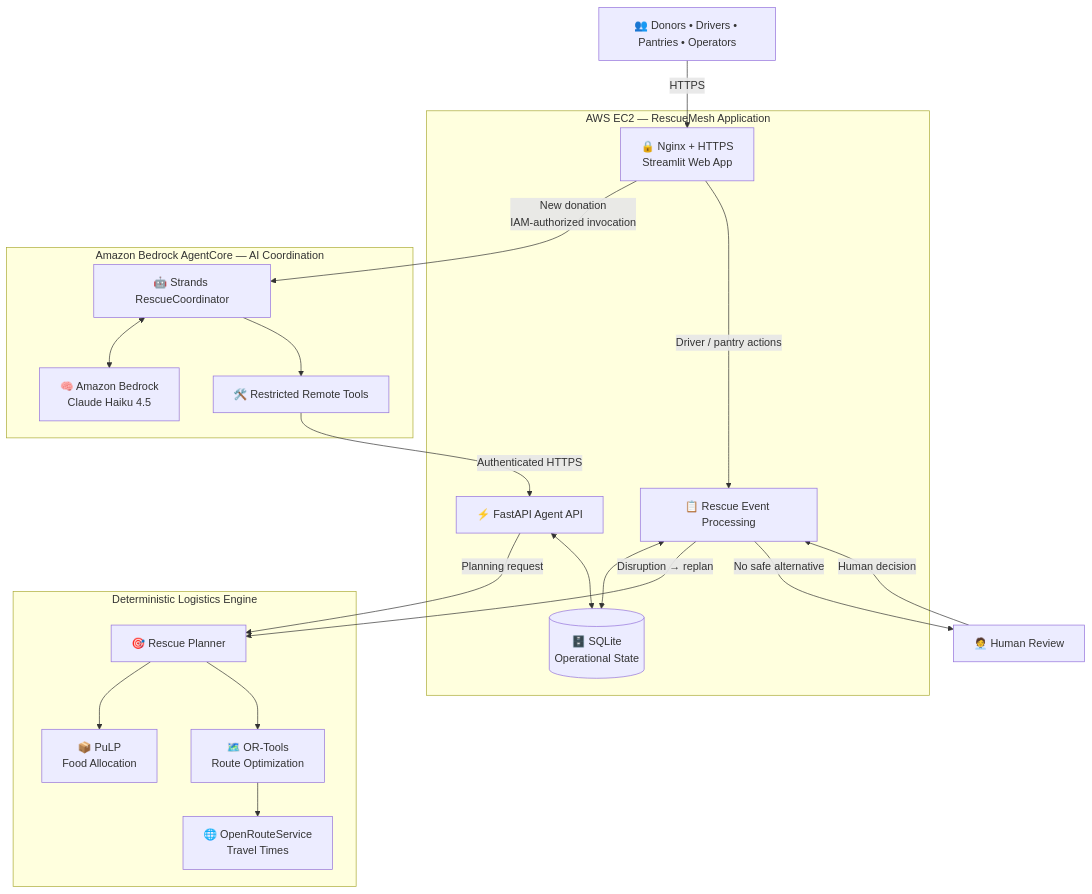
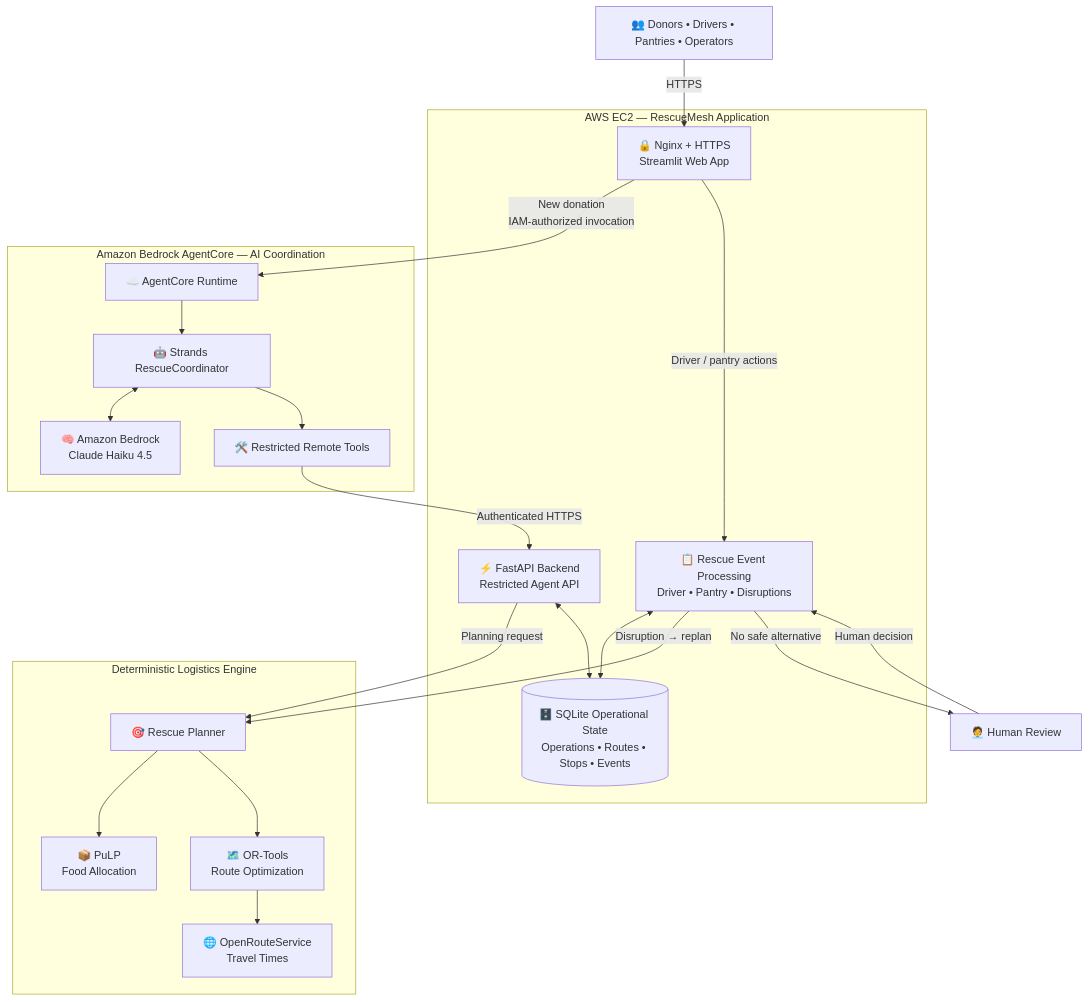
Before and after one commit to maithili74/rescuemesh: the diagram in README.md, drawn with Mermaid. The commit also changed other lines of this file, not shown here.

````diff
--- a/README.md
+++ b/README.md
@@ -187,51 +187,54 @@
 ```mermaid
 flowchart TB
 
     USERS["👥 Donors • Drivers • Pantries • Operators"]
 
     subgraph APP["AWS EC2 — RescueMesh Application"]
         WEB["🔒 Nginx + HTTPS<br/>Streamlit Web App"]
-        EVENTS["📋 Rescue Event Processing"]
-        API["⚡ FastAPI Agent API"]
-        STATE[("🗄️ SQLite<br/>Operational State")]
+        API["⚡ FastAPI Backend<br/>Restricted Agent API"]
+        EVENTS["📋 Rescue Event Processing<br/>Driver • Pantry • Disruptions"]
+        STATE[("🗄️ SQLite Operational State<br/>Operations • Routes • Stops • Events")]
     end
 
     subgraph AI["Amazon Bedrock AgentCore — AI Coordination"]
+        RUNTIME["☁️ AgentCore Runtime"]
         AGENT["🤖 Strands RescueCoordinator"]
         MODEL["🧠 Amazon Bedrock<br/>Claude Haiku 4.5"]
         TOOLS["🛠️ Restricted Remote Tools"]
 
+        RUNTIME --> AGENT
         AGENT <--> MODEL
         AGENT --> TOOLS
     end
 
-    subgraph PLAN["Deterministic Logistics Engine"]
+    subgraph LOGISTICS["Deterministic Logistics Engine"]
         PLANNER["🎯 Rescue Planner"]
         PULP["📦 PuLP<br/>Food Allocation"]
         ROUTE["🗺️ OR-Tools<br/>Route Optimization"]
         ORS["🌐 OpenRouteService<br/>Travel Times"]
 
         PLANNER --> PULP
         PLANNER --> ROUTE
         ROUTE --> ORS
     end
 
     HUMAN["🧑‍💼 Human Review"]
 
+    %% USER ENTRY
     USERS -->|"HTTPS"| WEB
 
     %% AI COORDINATION PATH
-    WEB -->|"New donation<br/>IAM-authorized invocation"| AGENT
+    WEB -->|"New donation<br/>IAM-authorized invocation"| RUNTIME
     TOOLS -->|"Authenticated HTTPS"| API
     API -->|"Planning request"| PLANNER
     API <--> STATE
 
     %% REAL-WORLD EVENT PATH
     WEB -->|"Driver / pantry actions"| EVENTS
     EVENTS <--> STATE
 
     %% DISRUPTION RECOVERY
     EVENTS -->|"Disruption → replan"| PLANNER
     EVENTS -->|"No safe alternative"| HUMAN
     HUMAN -->|"Human decision"| EVENTS
 ```
````
